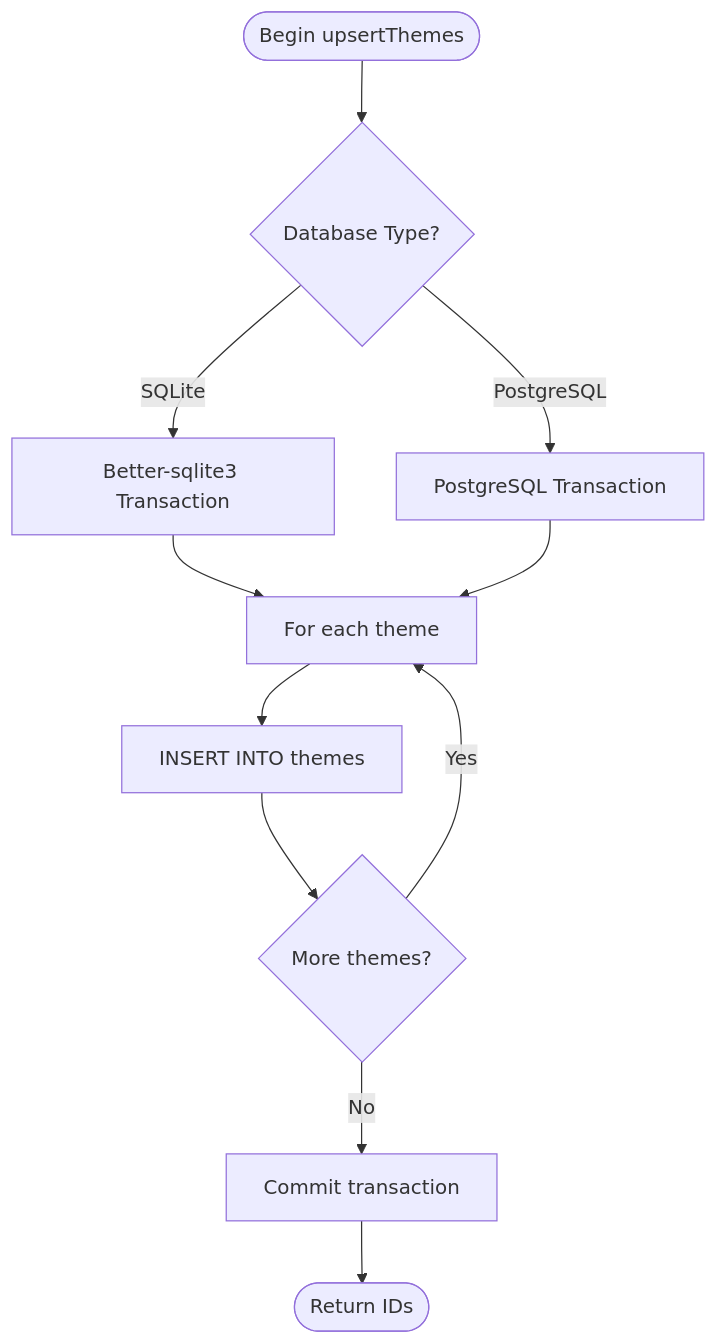
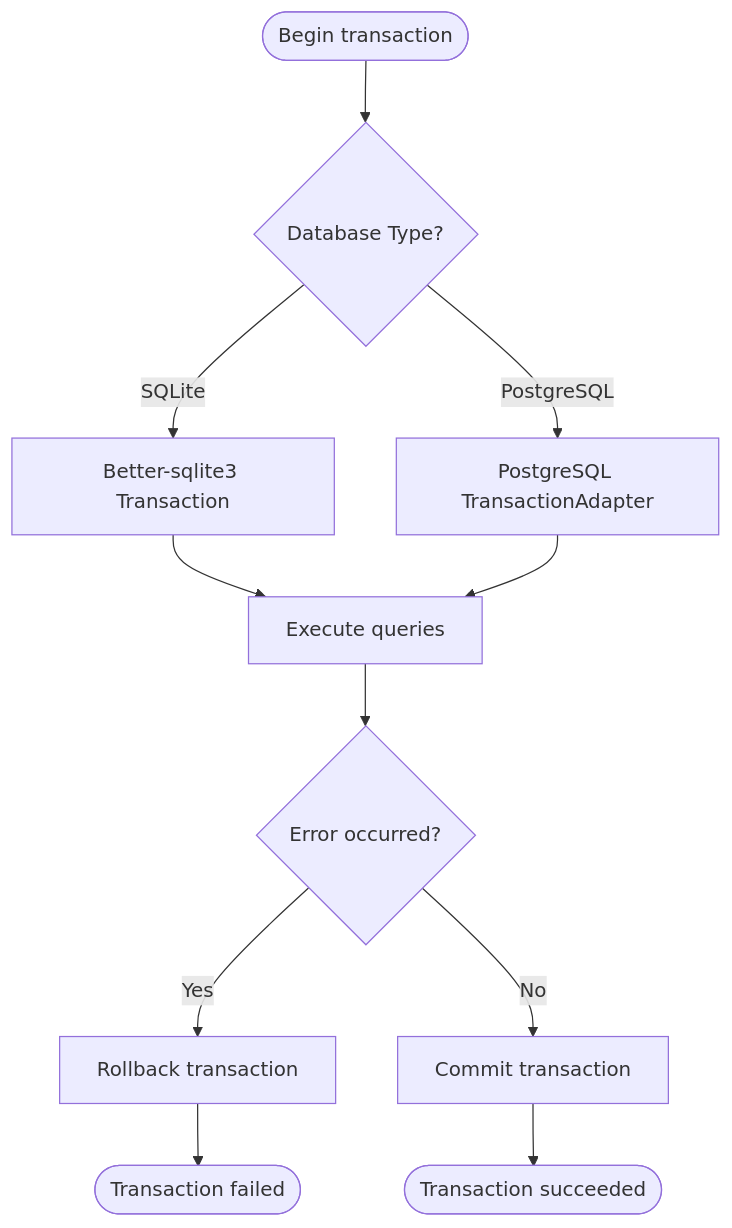
Before and after one commit to aravinthraj-ramalingam/Groww-App-Review-Insights-Analyzer-: the fifth of 9 diagrams in .qoder/repowiki/en/content/Phase 1_ Review Scraper/Database Layer.md, drawn with Mermaid. The commit also changed other lines of this file and 10 other files, not shown here.

Commit message:
Fix pulse duplicate key error, theme deduplication, and button alignment

````diff
--- a/.qoder/repowiki/en/content/Phase 1_ Review Scraper/Database Layer.md
+++ b/.qoder/repowiki/en/content/Phase 1_ Review Scraper/Database Layer.md
@@ -363,13 +389,13 @@
 ```mermaid
 flowchart TD
-Start(["Begin upsertThemes"]) --> CheckDB{"Database Type?"}
+Start(["Begin transaction"]) --> CheckDB{"Database Type?"}
 CheckDB --> |SQLite| SQLiteTx["Better-sqlite3 Transaction"]
-CheckDB --> |PostgreSQL| PgTx["PostgreSQL Transaction"]
-SQLiteTx --> Loop["For each theme"]
+CheckDB --> |PostgreSQL| PgTx["PostgreSQL TransactionAdapter"]
+SQLiteTx --> Loop["Execute queries"]
 PgTx --> Loop
-Loop --> Insert["INSERT INTO themes"]
-Insert --> Next{"More themes?"}
-Next --> |Yes| Loop
-Next --> |No| Commit["Commit transaction"]
-Commit --> End(["Return IDs"])
+Loop --> CheckErr{"Error occurred?"}
+CheckErr --> |Yes| Rollback["Rollback transaction"]
+CheckErr --> |No| Commit["Commit transaction"]
+Rollback --> End(["Transaction failed"])
+Commit --> End2(["Transaction succeeded"])
 ```
````
